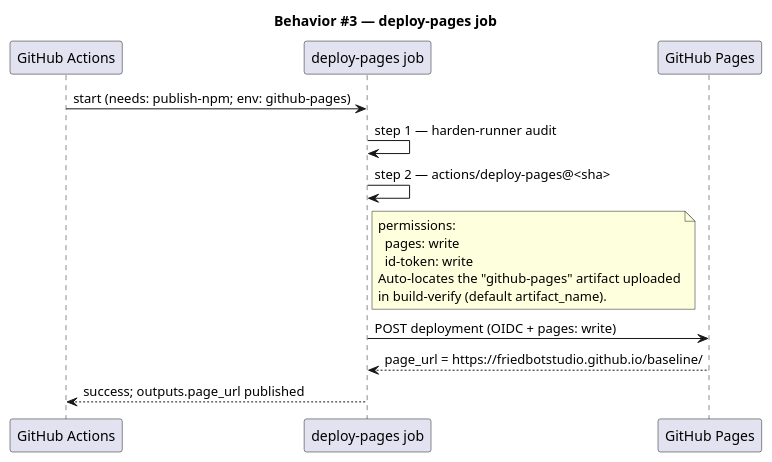
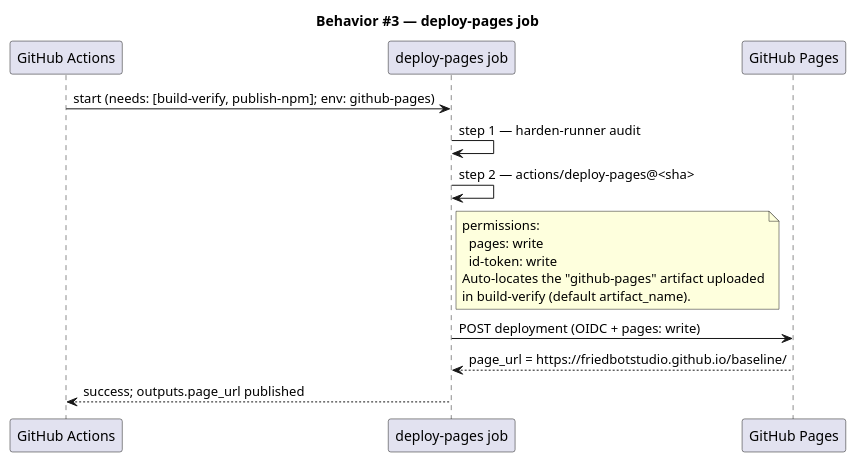
Before and after one commit to friedbotstudio/baseline: the seventh of 12 diagrams in docs/specs/release-workflow.md, drawn with PlantUML. The commit also changed other lines of this file and 6 other files, not shown here.

First line of the commit message:
fix(release-workflow): correct AC-006/AC-011/AC-013 — cache:false fatal + missing build-verify needs edge

````diff
--- a/docs/specs/release-workflow.md
+++ b/docs/specs/release-workflow.md
@@ -264,22 +267,22 @@
 ```plantuml
 @startuml
 title Behavior #3 — deploy-pages job
 participant "GitHub Actions" as GHA
 participant "deploy-pages job" as DP
 participant "GitHub Pages" as PAGES
 
-GHA -> DP : start (needs: publish-npm; env: github-pages)
+GHA -> DP : start (needs: [build-verify, publish-npm]; env: github-pages)
 DP -> DP : step 1 — harden-runner audit
 DP -> DP : step 2 — actions/deploy-pages@<sha>
 note right of DP
   permissions:
     pages: write
     id-token: write
   Auto-locates the "github-pages" artifact uploaded
   in build-verify (default artifact_name).
 end note
 DP -> PAGES : POST deployment (OIDC + pages: write)
 PAGES --> DP : page_url = https://friedbotstudio.github.io/baseline/
 DP --> GHA : success; outputs.page_url published
 @enduml
 ```
````
